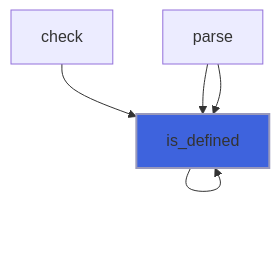
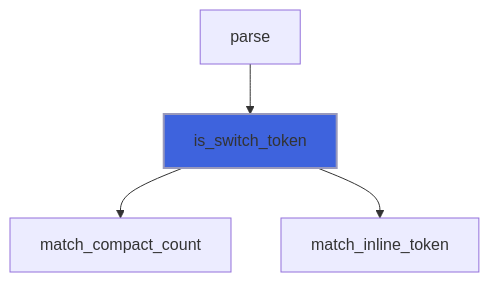
Diagram 24 of 28 in docs/api/src/lib/flap_command_line_arguments_group_t.md (szaghi/FLAP), drawn with Mermaid before and after one commit. The commit also changed other lines of this file and 17 other files, not shown here.

````diff
--- a/docs/api/src/lib/flap_command_line_arguments_group_t.md
+++ b/docs/api/src/lib/flap_command_line_arguments_group_t.md
@@ -530,8 +937,7 @@
 ```mermaid
 flowchart TD
-  check["check"] --> is_defined["is_defined"]
-  is_defined["is_defined"] --> is_defined["is_defined"]
-  parse["parse"] --> is_defined["is_defined"]
-  parse["parse"] --> is_defined["is_defined"]
-  style is_defined fill:#3e63dd,stroke:#99b,stroke-width:2px
+  parse["parse"] --> is_switch_token["is_switch_token"]
+  is_switch_token["is_switch_token"] --> match_compact_count["match_compact_count"]
+  is_switch_token["is_switch_token"] --> match_inline_token["match_inline_token"]
+  style is_switch_token fill:#3e63dd,stroke:#99b,stroke-width:2px
 ```
````
